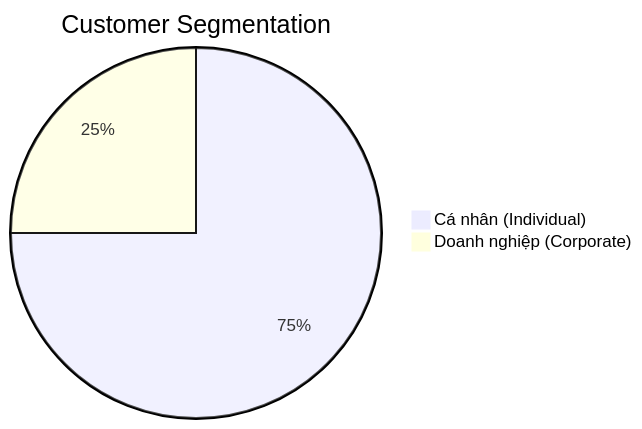
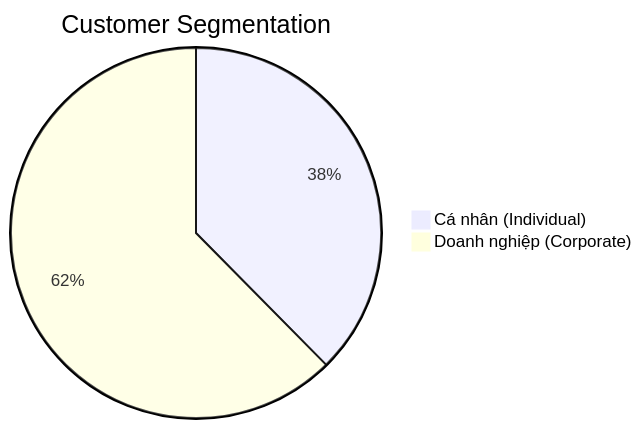
One commit to sonphampac/ReportAI changed the seventh of 13 diagrams in README_CDP_PAC.md. Above: the diagram before and after it, drawn with Mermaid. The commit also changed other lines of this file, not shown here.

Commit message:
Update README_CDP_PAC.md
final

````diff
--- a/README_CDP_PAC.md
+++ b/README_CDP_PAC.md
@@ -809,5 +809,5 @@
 ```mermaid
 pie title Customer Segmentation
-    "Cá nhân (Individual)" : 75
-    "Doanh nghiệp (Corporate)" : 25
+    "Cá nhân (Individual)" : 37.6
+    "Doanh nghiệp (Corporate)" : 62.4
 ```
````
